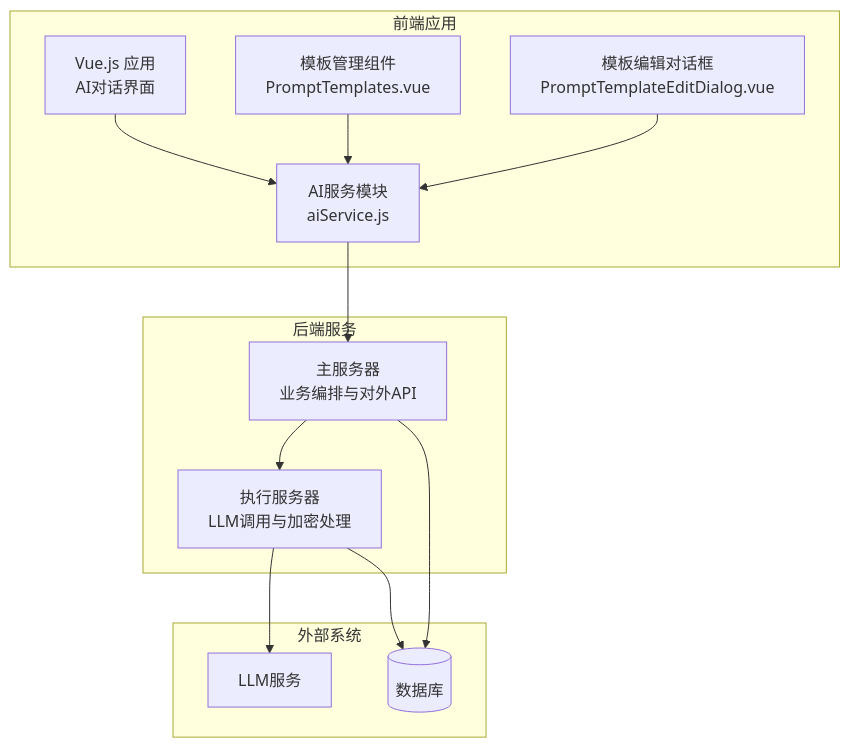
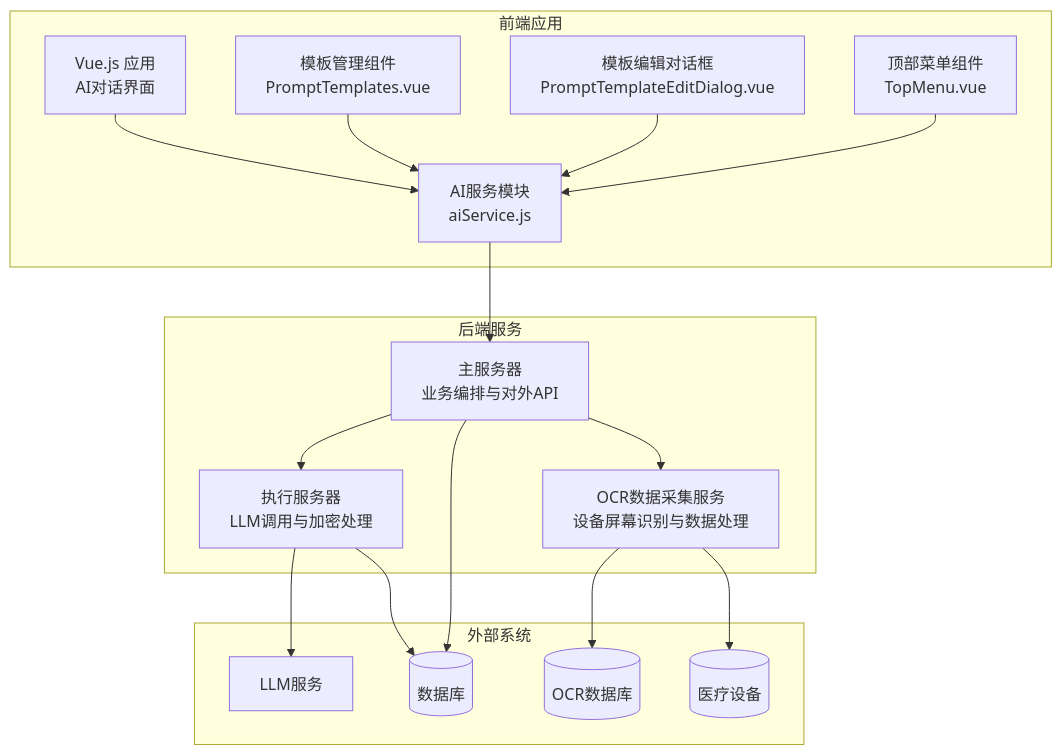
Before and after one commit to liuzh2008/med_ai_assistant_workspace: the first of 10 diagrams in .qoder/repowiki/zh/content/核心功能模块/AI诊断辅助系统.md, drawn with Mermaid. The commit also changed other lines of this file and 2 other files, not shown here.

````diff
--- a/.qoder/repowiki/zh/content/核心功能模块/AI诊断辅助系统.md
+++ b/.qoder/repowiki/zh/content/核心功能模块/AI诊断辅助系统.md
@@ -57,25 +61,33 @@
 ```mermaid
 graph TB
 subgraph "后端服务"
 Main["主服务器<br/>业务编排与对外API"]
 Exec["执行服务器<br/>LLM调用与加密处理"]
+OCRAPI["OCR数据采集服务<br/>设备屏幕识别与数据处理"]
 end
 subgraph "前端应用"
 VueApp["Vue.js 应用<br/>AI对话界面"]
 AIService["AI服务模块<br/>aiService.js"]
 PromptTemplates["模板管理组件<br/>PromptTemplates.vue"]
 PromptEditor["模板编辑对话框<br/>PromptTemplateEditDialog.vue"]
+TopMenu["顶部菜单组件<br/>TopMenu.vue"]
 end
 subgraph "外部系统"
 LLM["LLM服务"]
 DB[("数据库")]
+OCRDB[("OCR数据库")]
+EndDevice[("医疗设备")]
 end
 VueApp --> AIService
 AIService --> Main
 Main --> Exec
 Exec --> LLM
 Main --> DB
 Exec --> DB
 PromptTemplates --> AIService
 PromptEditor --> AIService
+TopMenu --> AIService
+OCRAPI --> OCRDB
+OCRAPI --> EndDevice
+Main --> OCRAPI
 ```
````
